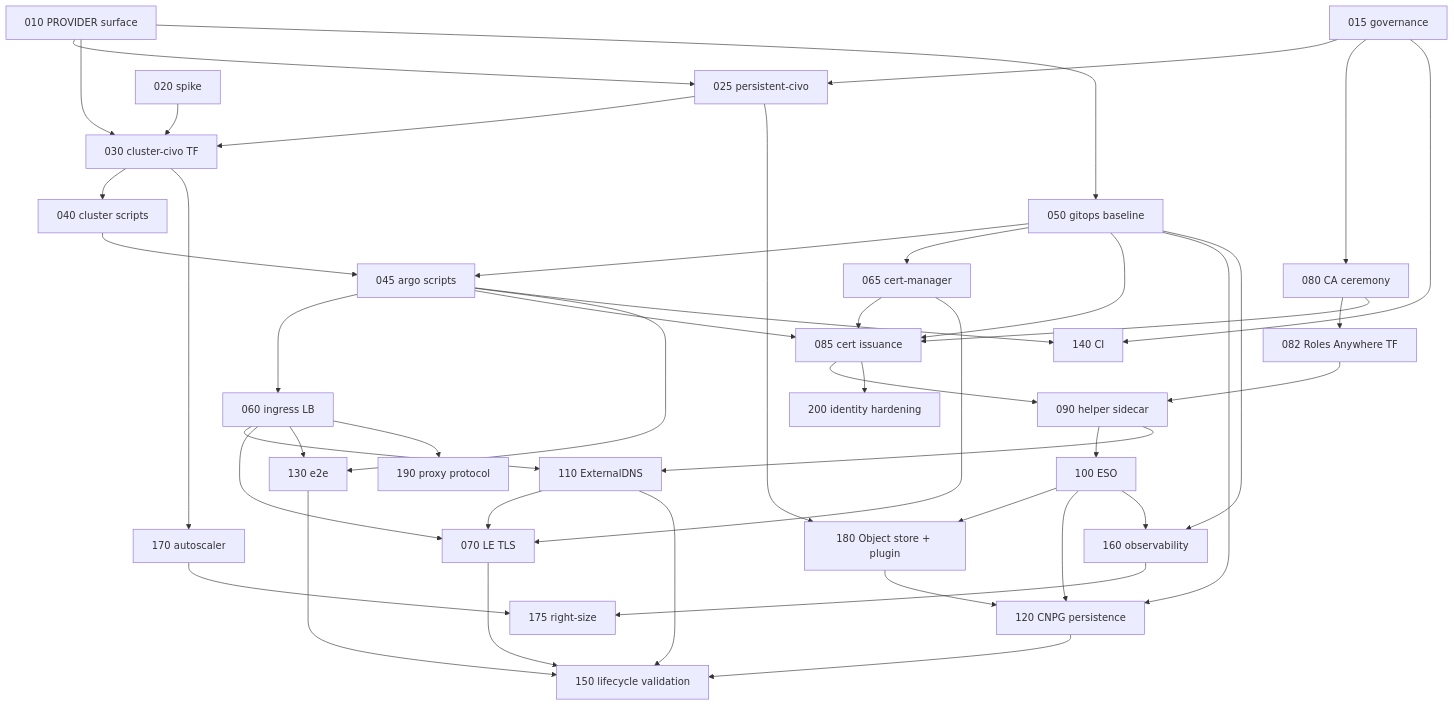
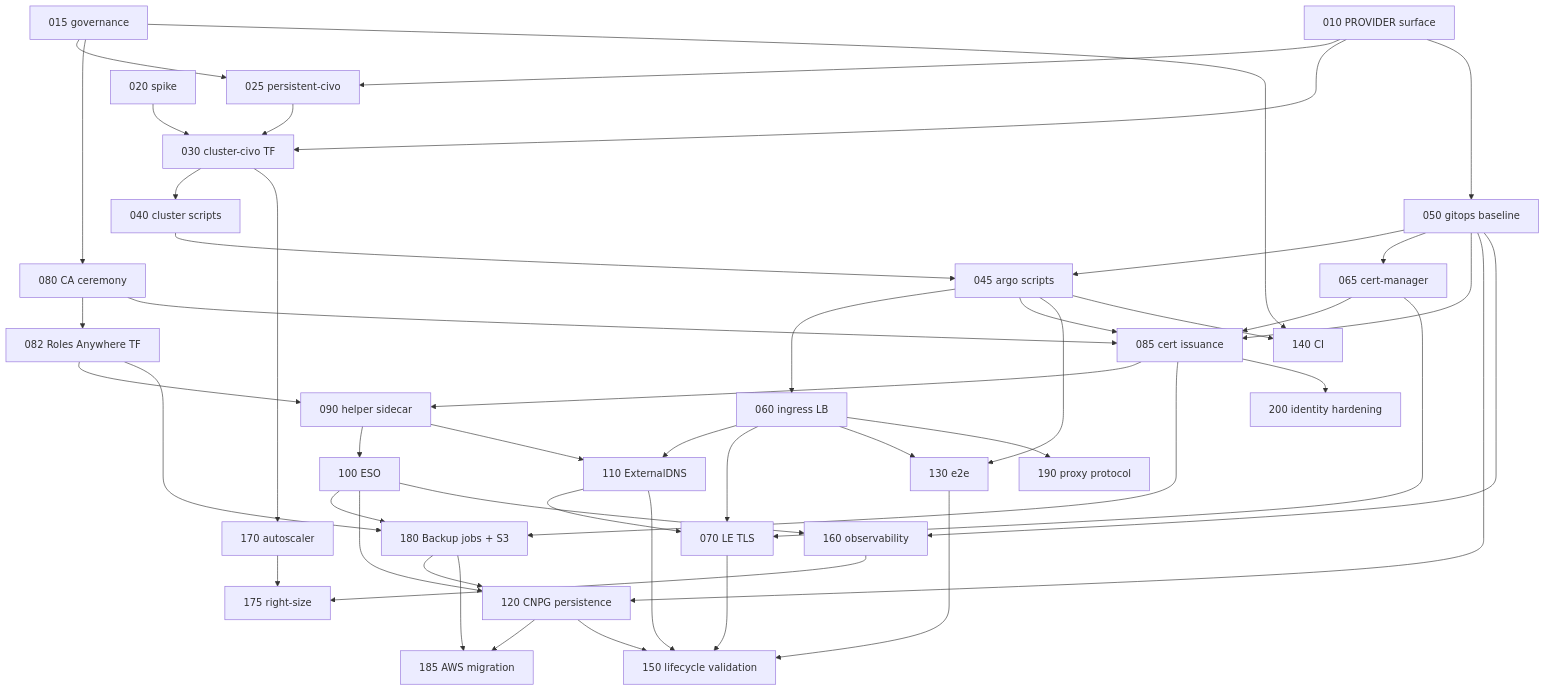
One commit to savak1990/vk-lab-platform changed the diagram in specs/civo/roadmap.md. Above: the diagram before and after it, drawn with Mermaid. The commit also changed other lines of this file and 11 other files, not shown here.

````diff
--- a/specs/civo/roadmap.md
+++ b/specs/civo/roadmap.md
@@ -13,48 +13,51 @@
 ```mermaid
 flowchart TD
   010[010 PROVIDER surface] --> 025[025 persistent-civo]
   015[015 governance] --> 025
   015 --> 080[080 CA ceremony]
   015 --> 140[140 CI]
   020[020 spike] --> 030[030 cluster-civo TF]
   025 --> 030
   010 --> 030
   010 --> 050[050 gitops baseline]
   030 --> 040[040 cluster scripts]
   030 --> 170[170 autoscaler]
   040 --> 045[045 argo scripts]
   050 --> 045
   045 --> 060[060 ingress LB]
   050 --> 065[065 cert-manager]
   080 --> 082[082 Roles Anywhere TF]
   045 --> 085[085 cert issuance]
   050 --> 085
   065 --> 085
   080 --> 085
   082 --> 090[090 helper sidecar]
   085 --> 090
   090 --> 100[100 ESO]
   090 --> 110[110 ExternalDNS]
   060 --> 110
   060 --> 070[070 LE TLS]
   065 --> 070
   110 --> 070
-  025 --> 180[180 Object store + plugin]
+  082 --> 180[180 Backup jobs + S3]
+  085 --> 180
   100 --> 180
   050 --> 120[120 CNPG persistence]
   100 --> 120
   180 --> 120
+  120 --> 185[185 AWS migration]
+  180 --> 185
   045 --> 130[130 e2e]
   060 --> 130
   045 --> 140
   050 --> 160[160 observability]
   100 --> 160
   120 --> 150[150 lifecycle validation]
   110 --> 150
   070 --> 150
   130 --> 150
   160 --> 175[175 right-size]
   170 --> 175
   060 --> 190[190 proxy protocol]
   085 --> 200[200 identity hardening]
 ```
````
